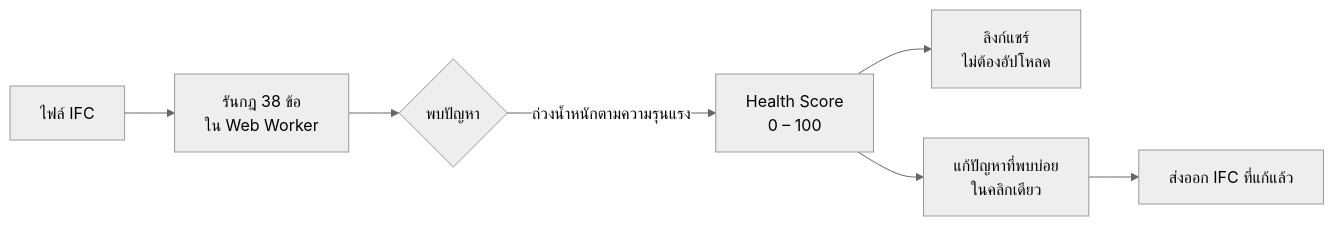
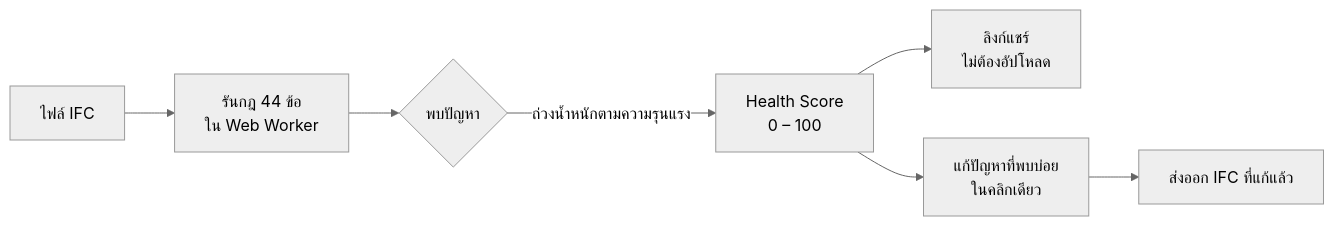
The first of 2 diagrams in README.th.md (j03rul4nd/ifc-viewer-online), drawn with Mermaid (neutral theme) before and after one commit. The commit also changed other lines of this file and 24 other files, not shown here.

````diff
--- a/README.th.md
+++ b/README.th.md
@@ -125,9 +127,9 @@
 ```mermaid
 flowchart LR
-    A[ไฟล์ IFC] --> B[รันกฎ 38 ข้อ<br/>ใน Web Worker]
+    A[ไฟล์ IFC] --> B[รันกฎ 44 ข้อ<br/>ใน Web Worker]
     B --> C{พบปัญหา}
     C -->|ถ่วงน้ำหนักตามความรุนแรง| D[Health Score<br/>0 – 100]
     D --> E[ลิงก์แชร์<br/>ไม่ต้องอัปโหลด]
     D --> F[แก้ปัญหาที่พบบ่อย<br/>ในคลิกเดียว]
     F --> G[ส่งออก IFC ที่แก้แล้ว]
 ```
````
